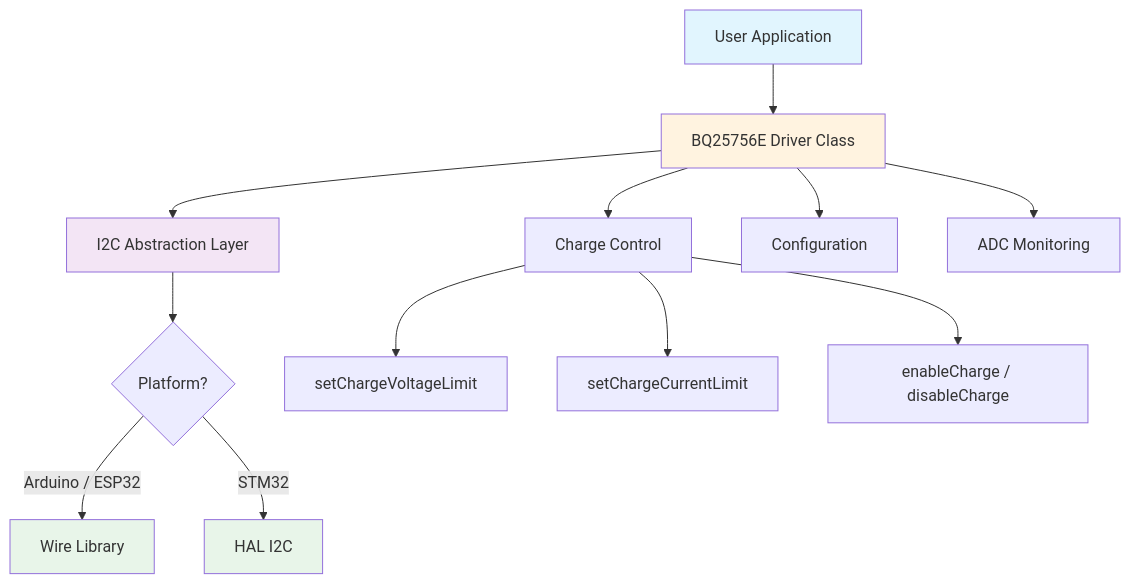
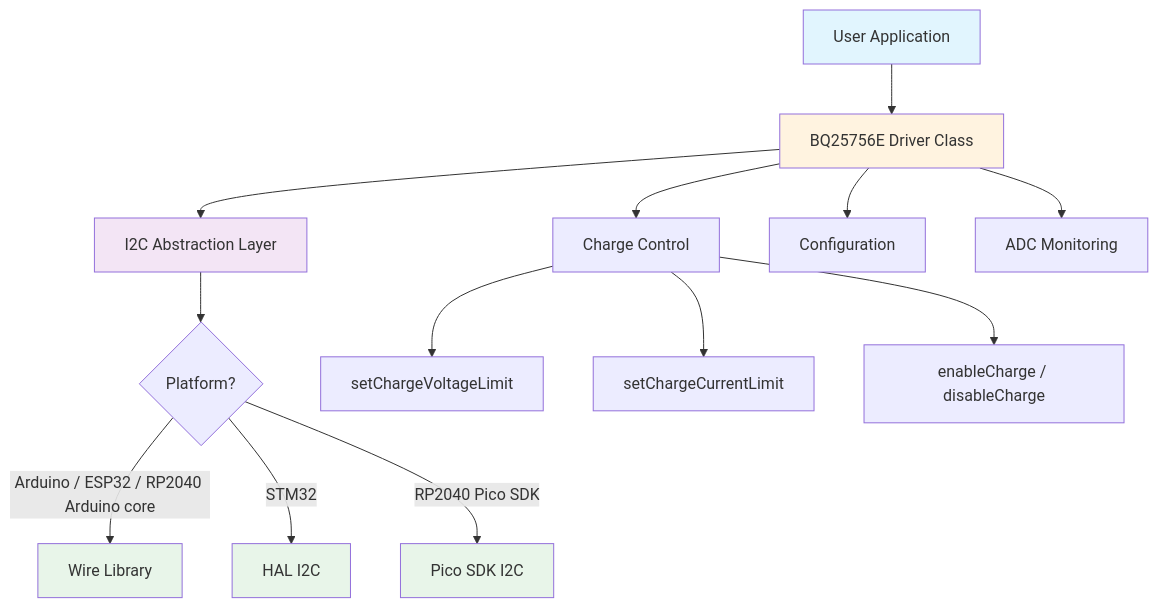
One commit to theohg/bq25756e_multiplatform changed the diagram in README.md. Above: the diagram before and after it, drawn with Mermaid. The commit also changed other lines of this file and 11 other files, not shown here.

````diff
--- a/README.md
+++ b/README.md
@@ -24,22 +24,24 @@
 ```mermaid
 graph TD
-    A[User Application] --> B[BQ25756E Driver Class]
-    B --> C[I2C Abstraction Layer]
-    C --> D{Platform?}
-    D -->|Arduino / ESP32| E[Wire Library]
-    D -->|STM32| F[HAL I2C]
+        A[User Application] --> B[BQ25756E Driver Class]
+        B --> C[I2C Abstraction Layer]
+        C --> D{Platform?}
+        D -->|Arduino / ESP32 / RP2040 Arduino core| E[Wire Library]
+        D -->|STM32| F[HAL I2C]
+        D -->|RP2040 Pico SDK| J[Pico SDK I2C]
 
-    B --> G[Charge Control]
-    B --> H[Configuration]
-    B --> I[ADC Monitoring]
+        B --> G[Charge Control]
+        B --> H[Configuration]
+        B --> I[ADC Monitoring]
 
-    G --> G1[setChargeVoltageLimit]
-    G --> G2[setChargeCurrentLimit]
-    G --> G3[enableCharge / disableCharge]
+        G --> G1[setChargeVoltageLimit]
+        G --> G2[setChargeCurrentLimit]
+        G --> G3[enableCharge / disableCharge]
 
-    style A fill:#e1f5fe
-    style B fill:#fff3e0
-    style C fill:#f3e5f5
-    style E fill:#e8f5e9
-    style F fill:#e8f5e9
+        style A fill:#e1f5fe
+        style B fill:#fff3e0
+        style C fill:#f3e5f5
+        style E fill:#e8f5e9
+        style F fill:#e8f5e9
+        style J fill:#e8f5e9
 ```
````
